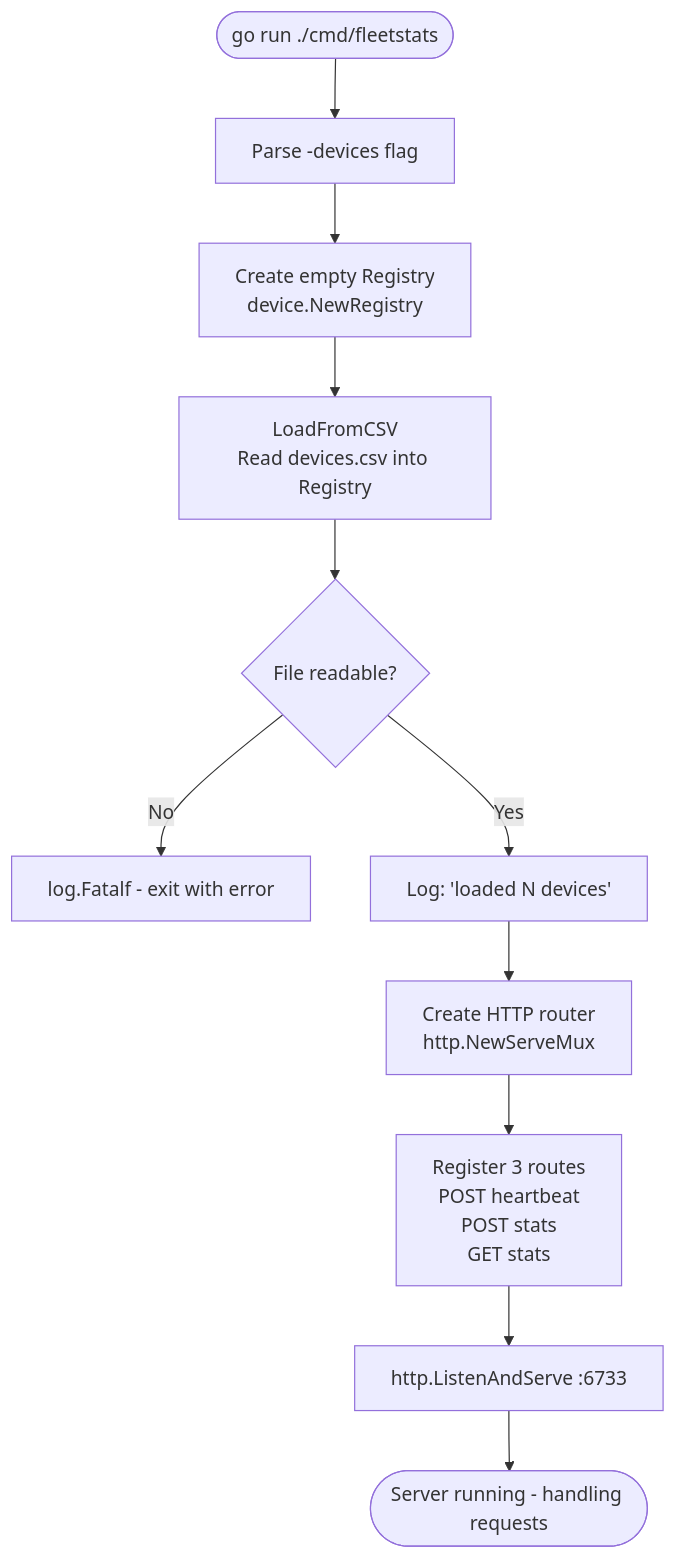
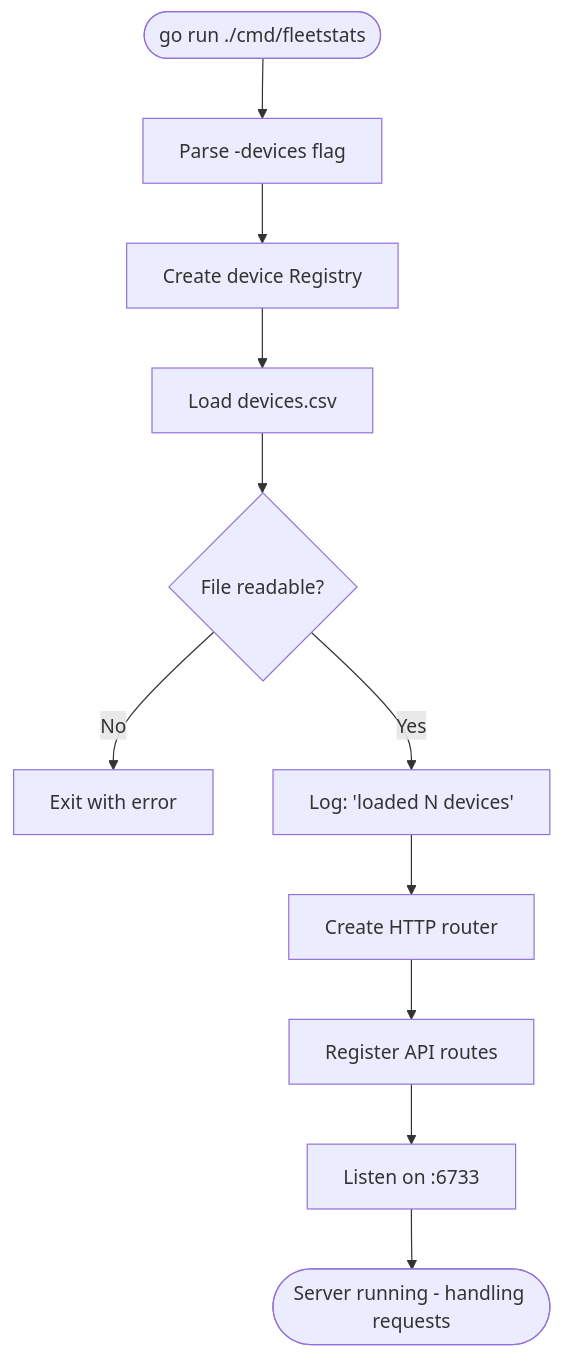
The diagram in cmd/fleetstats/README.md (gkub/sy-fleet-monitor), drawn with Mermaid before and after one commit. The commit also changed other lines of this file and 12 other files, not shown here.

````diff
--- a/cmd/fleetstats/README.md
+++ b/cmd/fleetstats/README.md
@@ -28,13 +28,13 @@
 ```mermaid
 flowchart TD
     A([go run ./cmd/fleetstats]) --> B[Parse -devices flag]
-    B --> C[Create empty Registry\ndevice.NewRegistry]
-    C --> D[LoadFromCSV\nRead devices.csv into Registry]
+    B --> C[Create device Registry]
+    C --> D[Load devices.csv]
     D --> E{File readable?}
-    E -- No --> F[log.Fatalf - exit with error]
+    E -- No --> F[Exit with error]
     E -- Yes --> G[Log: 'loaded N devices']
-    G --> H[Create HTTP router\nhttp.NewServeMux]
-    H --> I[Register 3 routes\nPOST heartbeat\nPOST stats\nGET stats]
-    I --> J[http.ListenAndServe :6733]
+    G --> H[Create HTTP router]
+    H --> I[Register API routes]
+    I --> J[Listen on :6733]
     J --> K([Server running - handling requests])
 ```
````
